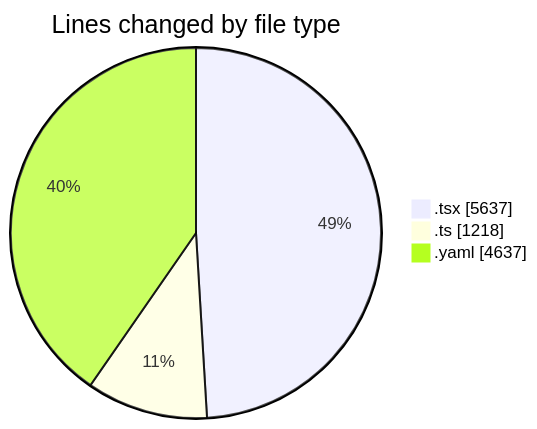
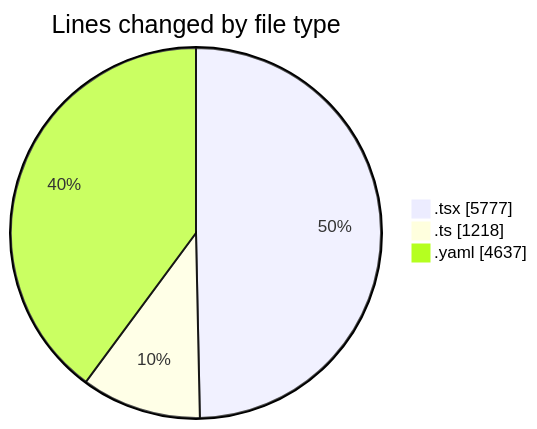
The first of 2 diagrams in 2025-10-13/eventscop-frontend-guide__workspace_/README.md (julien-gomy/code-tracking), drawn with Mermaid before and after one commit. The commit also changed other lines of this file and 1 other file, not shown here.

````diff
--- a/2025-10-13/eventscop-frontend-guide__workspace_/README.md
+++ b/2025-10-13/eventscop-frontend-guide__workspace_/README.md
@@ -50,7 +51,7 @@
 ```mermaid
 pie showData
 title Lines changed by file type
-".tsx" : 5637
+".tsx" : 5777
 ".ts" : 1218
 ".yaml" : 4637
 ```
````
